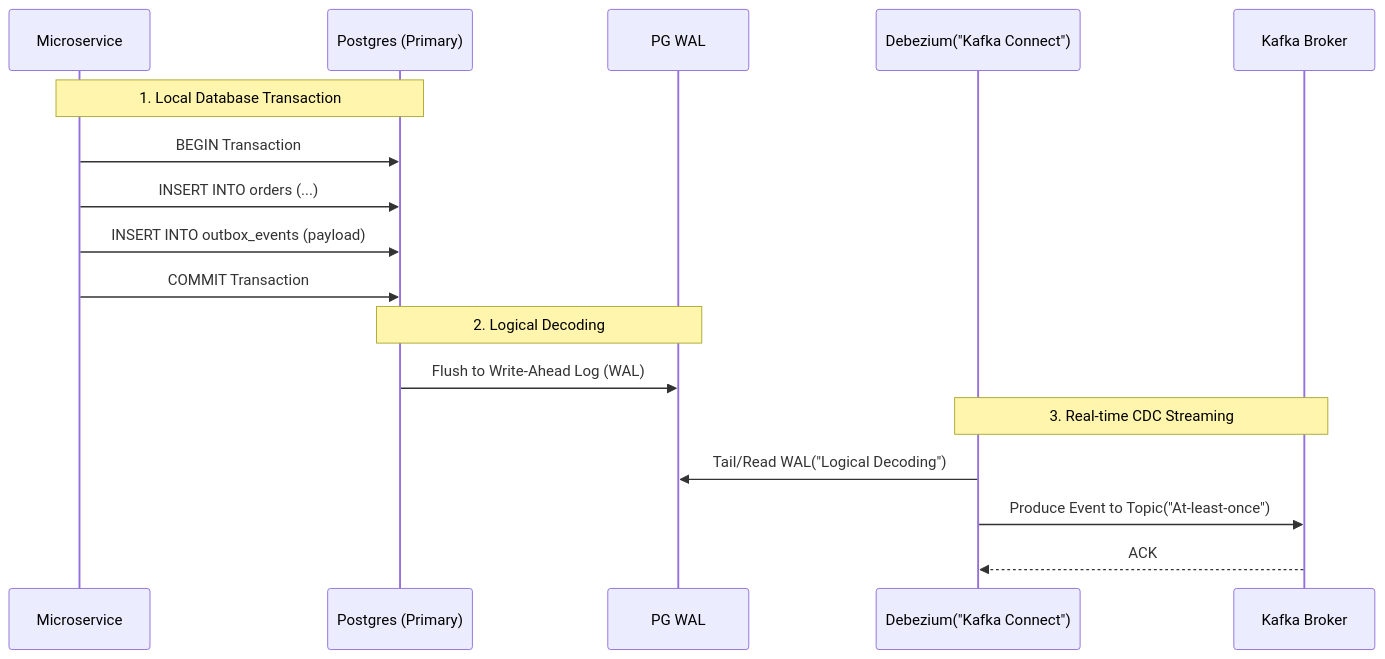
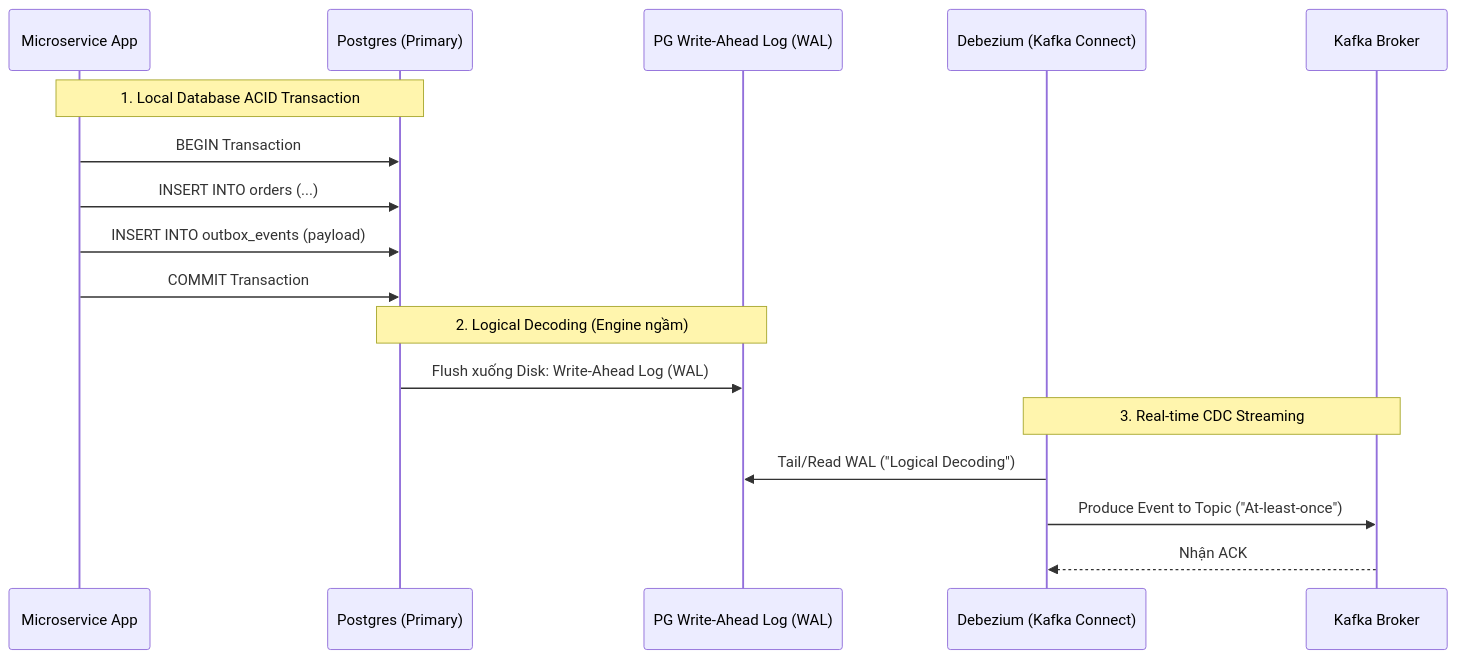
The second of 2 diagrams in src/content/docs/concepts/5-stream-processing-realtime/kafka-exactly-once-semantics.md (kythuatdulieu/kythuatdulieu.github.io), drawn with Mermaid before and after one commit. The commit also changed other lines of this file and 228 other files, not shown here.

Commit message:
Fix syntax and rewrite 200+ concepts docs to deep-dive system architecture and add GA4 tracking to quiz app

````diff
--- a/src/content/docs/concepts/5-stream-processing-realtime/kafka-exactly-once-semantics.md
+++ b/src/content/docs/concepts/5-stream-processing-realtime/kafka-exactly-once-semantics.md
@@ -96,22 +107,22 @@
 ```mermaid
 sequenceDiagram
-    participant App as Microservice
+    participant App as Microservice App
     participant DB as Postgres (Primary)
-    participant WAL as PG WAL
-    participant Debezium as Debezium("Kafka Connect")
+    participant WAL as PG Write-Ahead Log (WAL)
+    participant Debezium as Debezium (Kafka Connect)
     participant Kafka as Kafka Broker
 
-    Note over App,DB: 1. Local Database Transaction
+    Note over App,DB: 1. Local Database ACID Transaction
     App->>DB: BEGIN Transaction
     App->>DB: INSERT INTO orders (...)
     App->>DB: INSERT INTO outbox_events (payload)
     App->>DB: COMMIT Transaction
     
-    Note over DB,WAL: 2. Logical Decoding
-    DB->>WAL: Flush to Write-Ahead Log (WAL)
+    Note over DB,WAL: 2. Logical Decoding (Engine ngầm)
+    DB->>WAL: Flush xuống Disk: Write-Ahead Log (WAL)
     
     Note over Debezium,Kafka: 3. Real-time CDC Streaming
-    Debezium->>WAL: Tail/Read WAL("Logical Decoding")
-    Debezium->>Kafka: Produce Event to Topic("At-least-once")
-    Kafka-->>Debezium: ACK
+    Debezium->>WAL: Tail/Read WAL ("Logical Decoding")
+    Debezium->>Kafka: Produce Event to Topic ("At-least-once")
+    Kafka-->>Debezium: Nhận ACK
 ```
````
